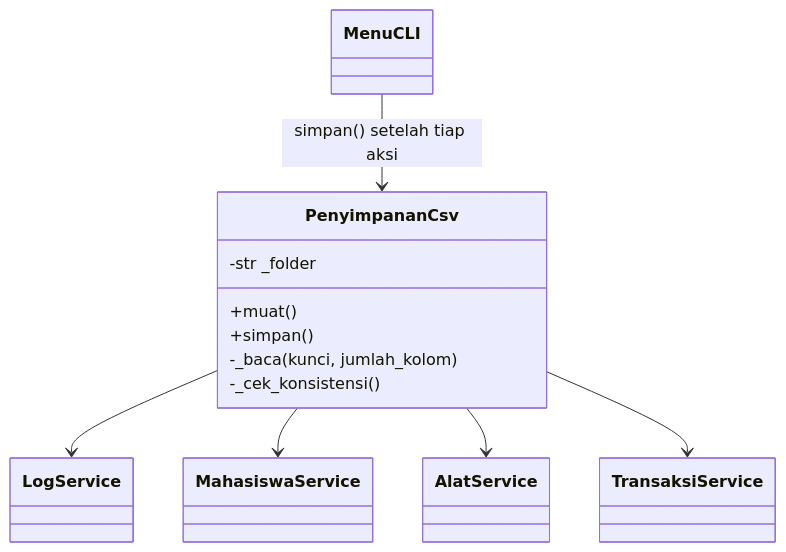
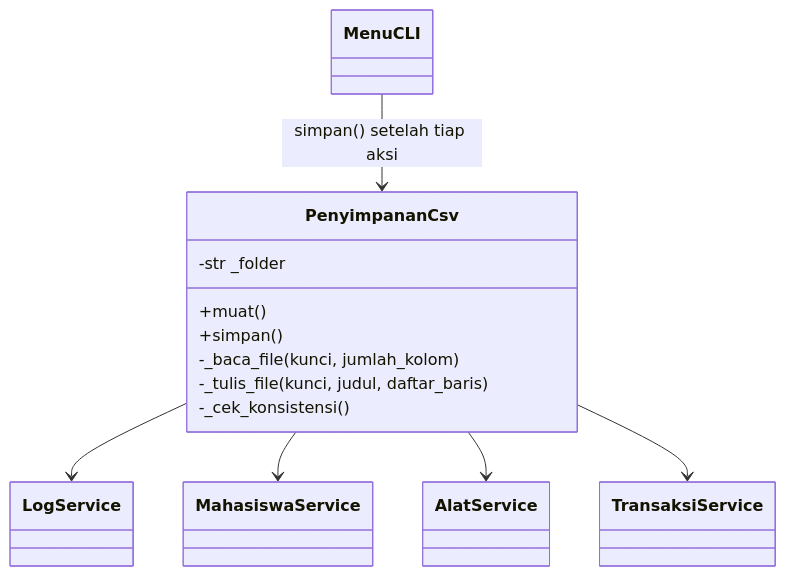
Before and after one commit to MANGESTER/Proyek_2_Praktikum_Pemrograman_Dasar: the diagram in docs/penyimpanan_csv.md, drawn with Mermaid. The commit also changed other lines of this file and 8 other files, not shown here.

````diff
--- a/docs/penyimpanan_csv.md
+++ b/docs/penyimpanan_csv.md
@@ -93,15 +96,16 @@
 ```mermaid
 classDiagram
     class PenyimpananCsv {
         -str _folder
         +muat()
         +simpan()
-        -_baca(kunci, jumlah_kolom)
+        -_baca_file(kunci, jumlah_kolom)
+        -_tulis_file(kunci, judul, daftar_baris)
         -_cek_konsistensi()
     }
     PenyimpananCsv --> LogService
     PenyimpananCsv --> MahasiswaService
     PenyimpananCsv --> AlatService
     PenyimpananCsv --> TransaksiService
     MenuCLI --> PenyimpananCsv : simpan() setelah tiap aksi
 ```
````
